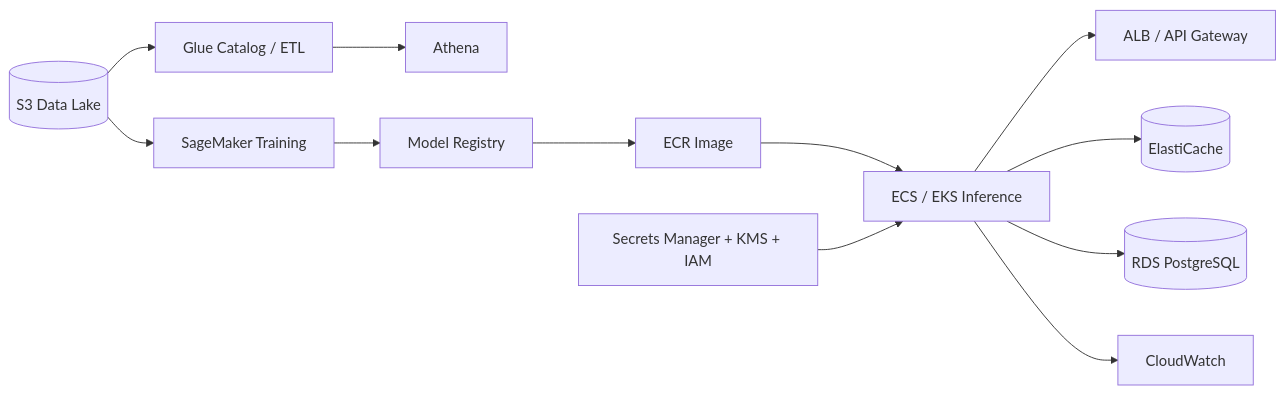
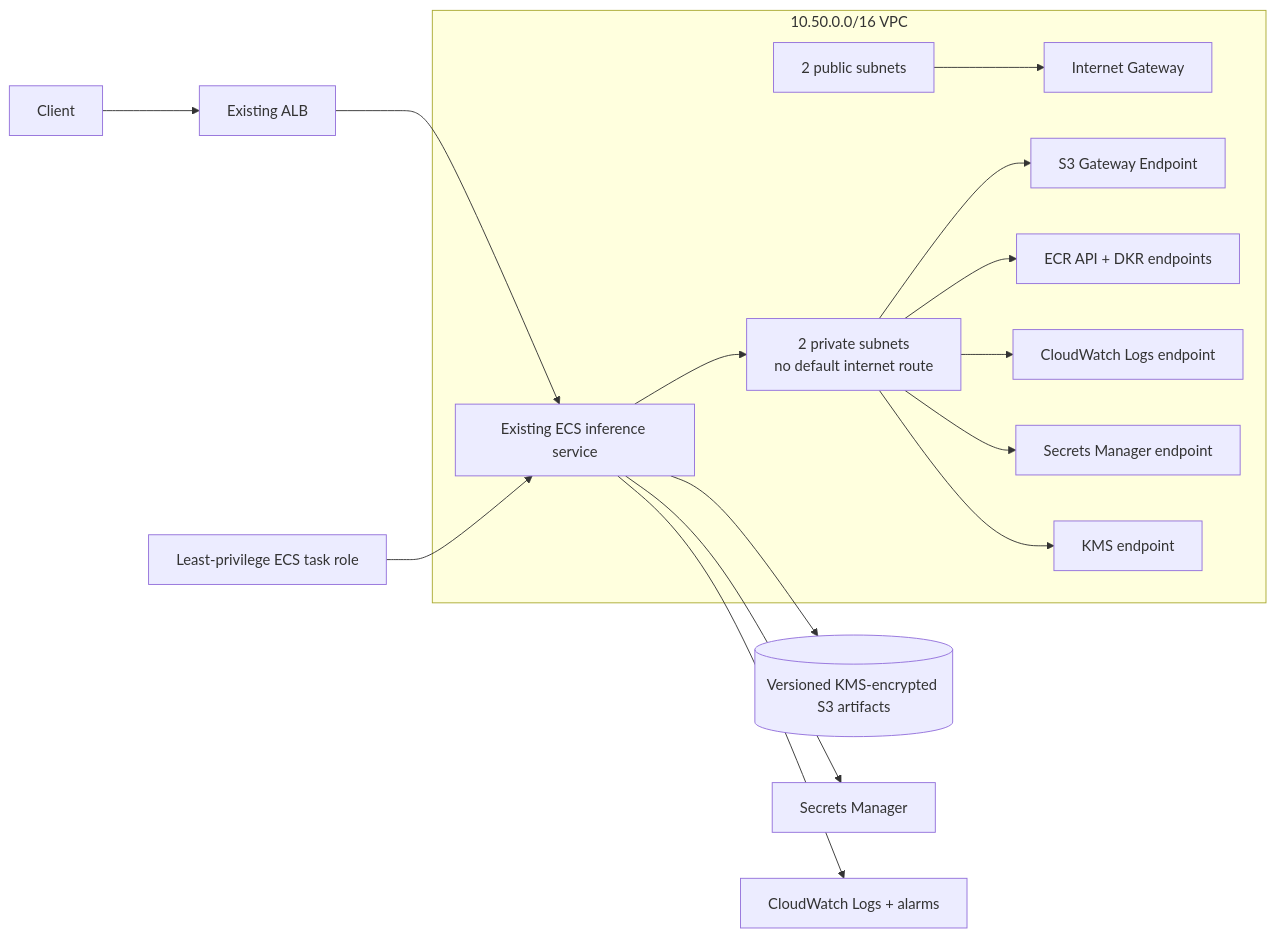
The diagram in README.md (cagataykavas/aws-ml-platform), drawn with Mermaid before and after one commit. The commit also changed other lines of this file, not shown here.

````diff
--- a/README.md
+++ b/README.md
@@ -5,14 +9,22 @@
 ```mermaid
 flowchart LR
-    S3[(S3 Data Lake)] --> GLUE[Glue Catalog / ETL]
-    GLUE --> ATH[Athena]
-    S3 --> SM[SageMaker Training]
-    SM --> REG[Model Registry]
-    REG --> ECR[ECR Image]
-    ECR --> ECS[ECS / EKS Inference]
-    ECS --> ALB[ALB / API Gateway]
-    ECS --> REDIS[(ElastiCache)]
-    ECS --> RDS[(RDS PostgreSQL)]
-    ECS --> CW[CloudWatch]
-    SEC[Secrets Manager + KMS + IAM] --> ECS
+    CLIENT[Client] --> ALB[Existing ALB]
+    ALB --> ECS[Existing ECS inference service]
+
+    subgraph VPC[10.50.0.0/16 VPC]
+        PUB[2 public subnets]
+        PRIV[2 private subnets\nno default internet route]
+        ECS --> PRIV
+        PUB --> IGW[Internet Gateway]
+        PRIV --> S3EP[S3 Gateway Endpoint]
+        PRIV --> ECR[ECR API + DKR endpoints]
+        PRIV --> LOGS[CloudWatch Logs endpoint]
+        PRIV --> SECRETS[Secrets Manager endpoint]
+        PRIV --> KMS[KMS endpoint]
+    end
+
+    ECS --> S3[(Versioned KMS-encrypted S3 artifacts)]
+    ECS --> SM[Secrets Manager]
+    ECS --> CW[CloudWatch Logs + alarms]
+    IAM[Least-privilege ECS task role] --> ECS
 ```
````
